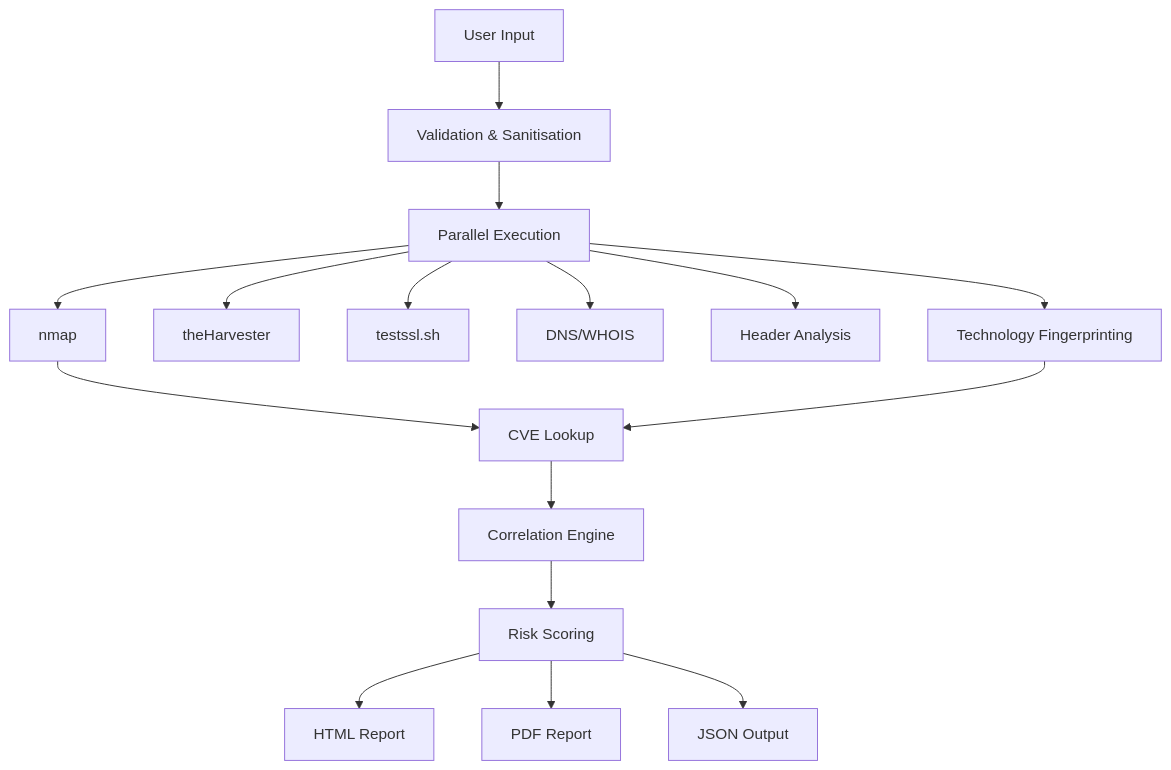
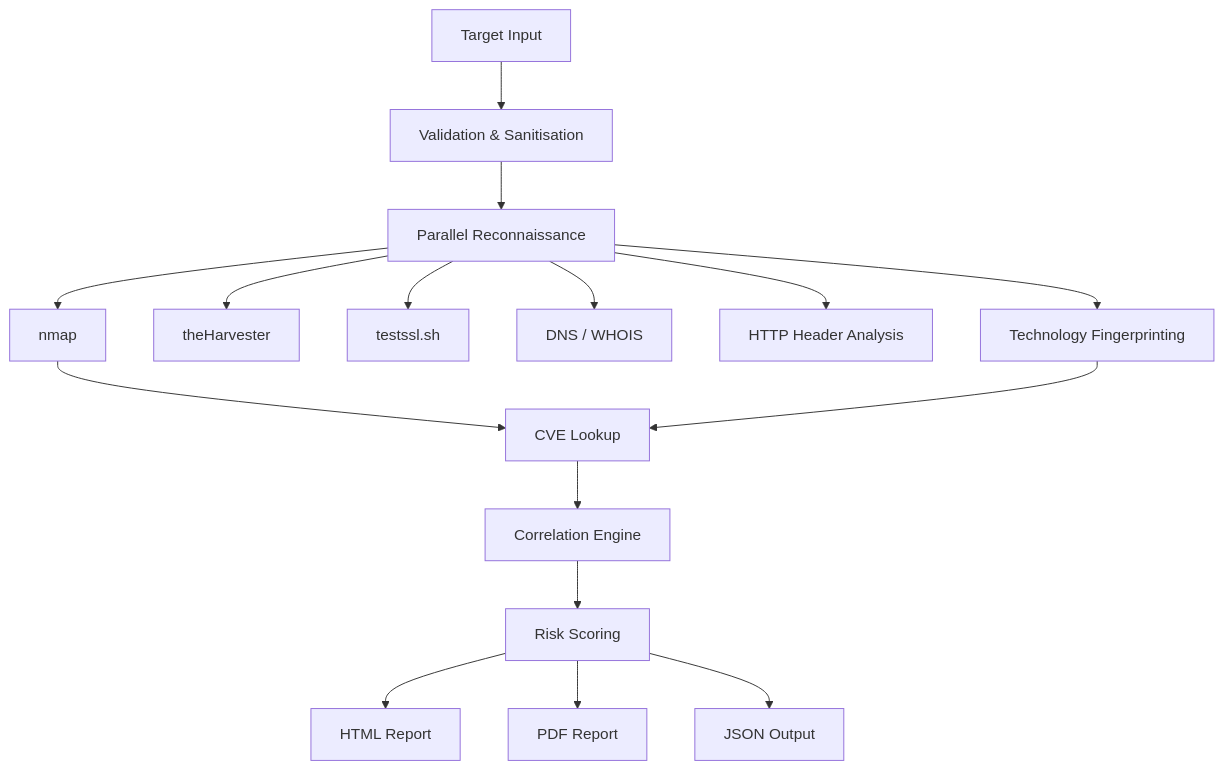
One commit to Alisha-chaudhary/ThreatLens changed the diagram in README.md. Above: the diagram before and after it, drawn with Mermaid. The commit also changed other lines of this file, not shown here.

````diff
--- a/README.md
+++ b/README.md
@@ -107,23 +217,22 @@
 ```mermaid
 flowchart TD
-    A[User Input] --> B[Validation & Sanitisation]
-
-    B --> C[Parallel Execution]
+    A[Target Input] --> B[Validation & Sanitisation]
+    B --> C[Parallel Reconnaissance]
 
     C --> D[nmap]
     C --> E[theHarvester]
     C --> F[testssl.sh]
-    C --> G[DNS/WHOIS]
-    C --> H[Header Analysis]
+    C --> G[DNS / WHOIS]
+    C --> H[HTTP Header Analysis]
     C --> I[Technology Fingerprinting]
 
     D --> J[CVE Lookup]
     I --> J
 
     J --> K[Correlation Engine]
     K --> L[Risk Scoring]
 
     L --> M[HTML Report]
     L --> N[PDF Report]
     L --> O[JSON Output]
 ```
````
